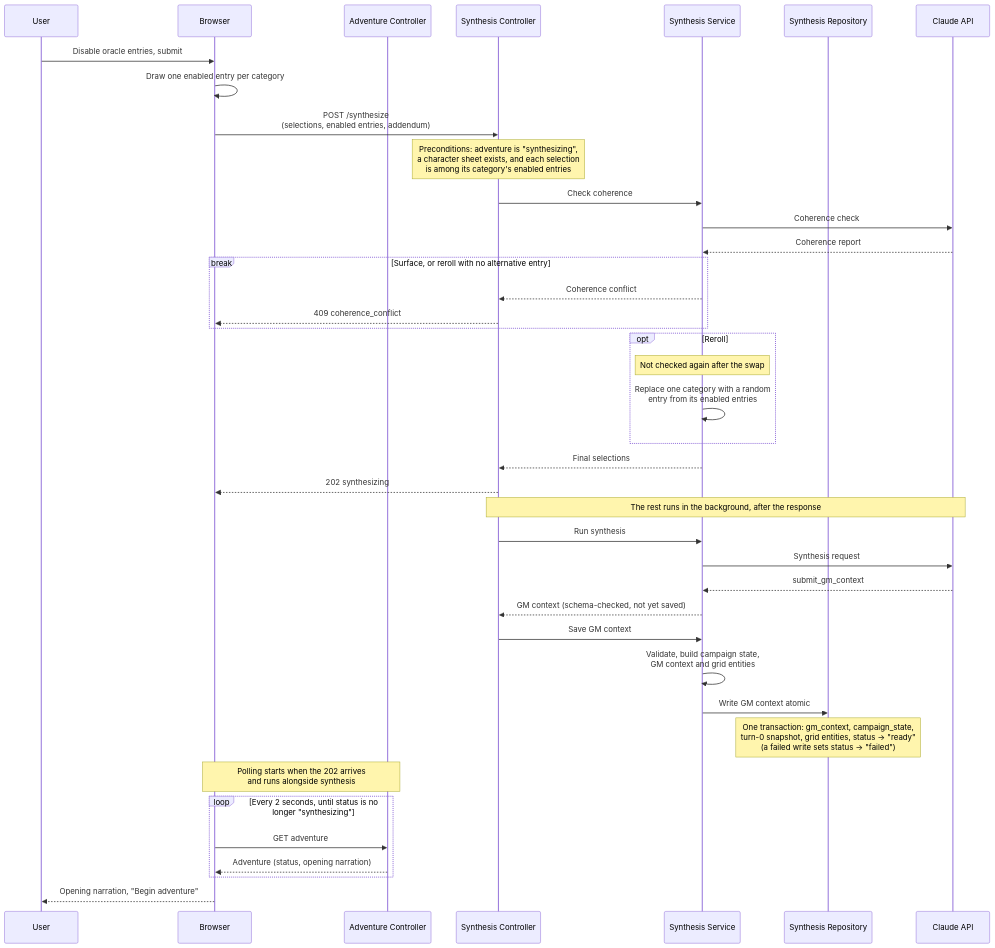
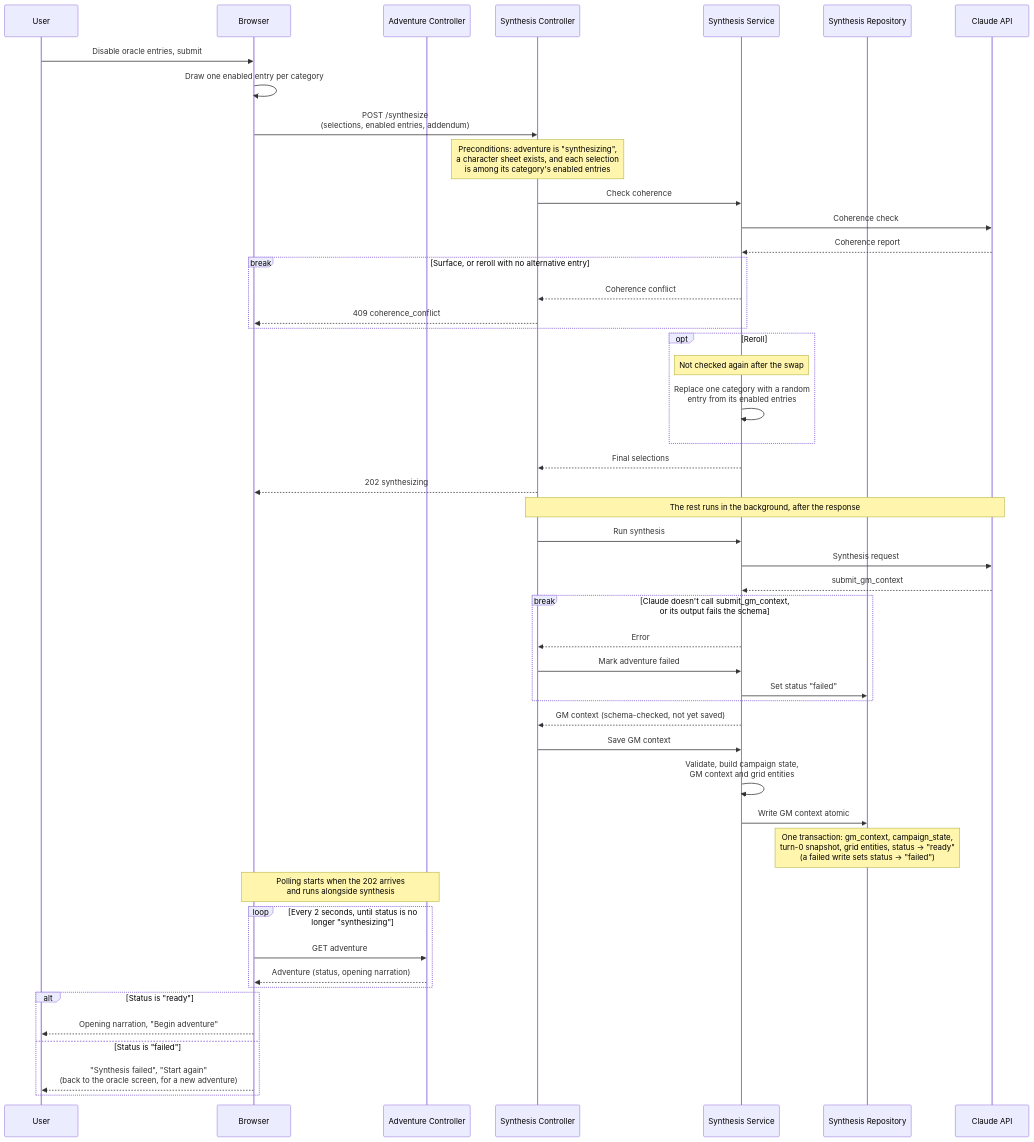
The diagram in docs/human/adventure-synthesis.md (automata-codex/unicorn), drawn with Mermaid before and after one commit. The commit also changed other lines of this file, not shown here.

````diff
--- a/docs/human/adventure-synthesis.md
+++ b/docs/human/adventure-synthesis.md
@@ -3,49 +3,60 @@
 ```mermaid
 sequenceDiagram
     participant User
     participant Browser
     participant AdvCon as Adventure Controller
     participant SynCon as Synthesis Controller
     participant SynSvc as Synthesis Service
     participant SynRepo as Synthesis Repository
     participant Claude as Claude API
 
     User->>Browser:Disable oracle entries, submit
     Browser->>Browser:Draw one enabled entry per category
     Browser->>SynCon:POST /synthesize<br/>(selections, enabled entries, addendum)
     Note over SynCon: Preconditions: adventure is "synthesizing",<br/>a character sheet exists, and each selection<br/>is among its category's enabled entries
 
     SynCon->>SynSvc:Check coherence
     SynSvc->>Claude:Coherence check
     Claude-->>SynSvc:Coherence report
 
     break Surface, or reroll with no alternative entry
         SynSvc-->>SynCon:Coherence conflict
         SynCon-->>Browser:409 coherence_conflict
     end
 
     opt Reroll
         Note over SynSvc: Not checked again after the swap
         SynSvc->>SynSvc:Replace one category with a random<br/>entry from its enabled entries
     end
 
     SynSvc-->>SynCon:Final selections
     SynCon-->>Browser:202 synthesizing
 
     Note over SynCon,Claude: The rest runs in the background, after the response
     SynCon->>SynSvc:Run synthesis
     SynSvc->>Claude:Synthesis request
     Claude-->>SynSvc:submit_gm_context
+
+    break Claude doesn't call submit_gm_context, or its output fails the schema
+        SynSvc-->>SynCon:Error
+        SynCon->>SynSvc:Mark adventure failed
+        SynSvc->>SynRepo:Set status "failed"
+    end
+
     SynSvc-->>SynCon:GM context (schema-checked, not yet saved)
     SynCon->>SynSvc:Save GM context
     SynSvc->>SynSvc:Validate, build campaign state,<br/>GM context and grid entities
     SynSvc->>SynRepo:Write GM context atomic
     Note over SynRepo: One transaction: gm_context, campaign_state,<br/>turn-0 snapshot, grid entities, status → "ready"<br/>(a failed write sets status → "failed")
 
     Note over Browser,AdvCon: Polling starts when the 202 arrives<br/>and runs alongside synthesis
     loop Every 2 seconds, until status is no longer "synthesizing"
         Browser->>AdvCon:GET adventure
         AdvCon-->>Browser:Adventure (status, opening narration)
     end
-    Browser-->>User:Opening narration, "Begin adventure"
+    alt Status is "ready"
+        Browser-->>User:Opening narration, "Begin adventure"
+    else Status is "failed"
+        Browser-->>User:"Synthesis failed", "Start again"<br/>(back to the oracle screen, for a new adventure)
+    end
 ```
````
